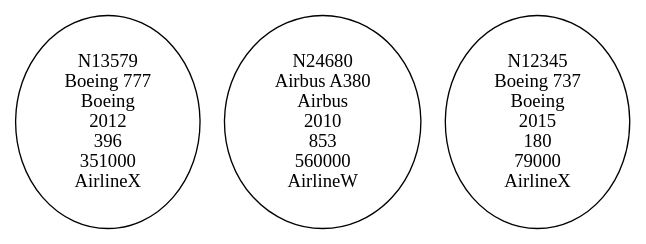
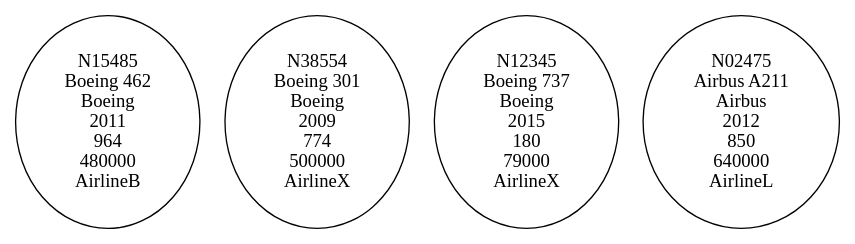
The diagram in aviones_mantenimiento.dot (sajche12/201904490_EDD_Practica), drawn with Graphviz before and after one commit. The commit also changed 15 other files, not shown here.

```diff
--- a/aviones_mantenimiento.dot
+++ b/aviones_mantenimiento.dot
@@ -1,5 +1,6 @@
 digraph AvionesMantenimiento {
-    N13579 [label="N13579\nBoeing 777\nBoeing\n2012\n396\n351000\nAirlineX"];
-    N24680 [label="N24680\nAirbus A380\nAirbus\n2010\n853\n560000\nAirlineW"];
+    N15485 [label="N15485\nBoeing 462\nBoeing\n2011\n964\n480000\nAirlineB"];
+    N38554 [label="N38554\nBoeing 301\nBoeing\n2009\n774\n500000\nAirlineX"];
     N12345 [label="N12345\nBoeing 737\nBoeing\n2015\n180\n79000\nAirlineX"];
+    N02475 [label="N02475\nAirbus A211\nAirbus\n2012\n850\n640000\nAirlineL"];
 }
```
